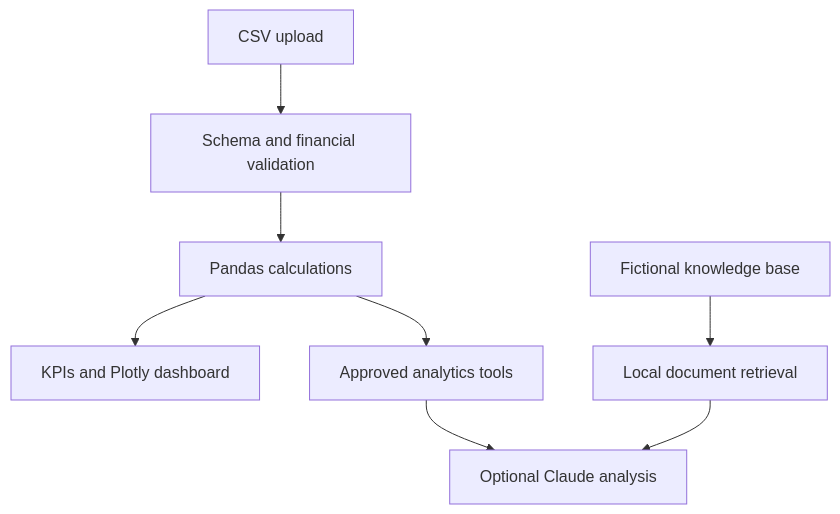
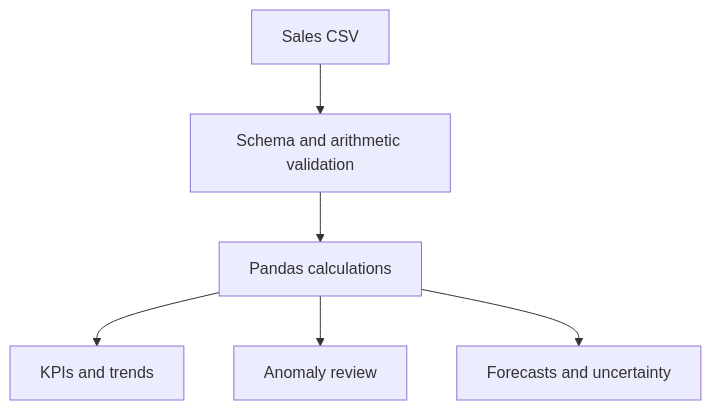
Before and after one commit to Osaydj/InsightIQ-Showcase: the diagram in README.md, drawn with Mermaid. The commit also changed other lines of this file and 4 other files, not shown here.

````diff
--- a/README.md
+++ b/README.md
@@ -52,10 +40,8 @@
 ```mermaid
 flowchart TD
-    A["CSV upload"] --> B["Schema and financial validation"]
+    A["Sales CSV"] --> B["Schema and arithmetic validation"]
     B --> C["Pandas calculations"]
-    C --> D["KPIs and Plotly dashboard"]
-    C --> E["Approved analytics tools"]
-    F["Fictional knowledge base"] --> G["Local document retrieval"]
-    E --> H["Optional Claude analysis"]
-    G --> H
+    C --> D["KPIs and trends"]
+    C --> E["Anomaly review"]
+    C --> F["Forecasts and uncertainty"]
 ```
````
